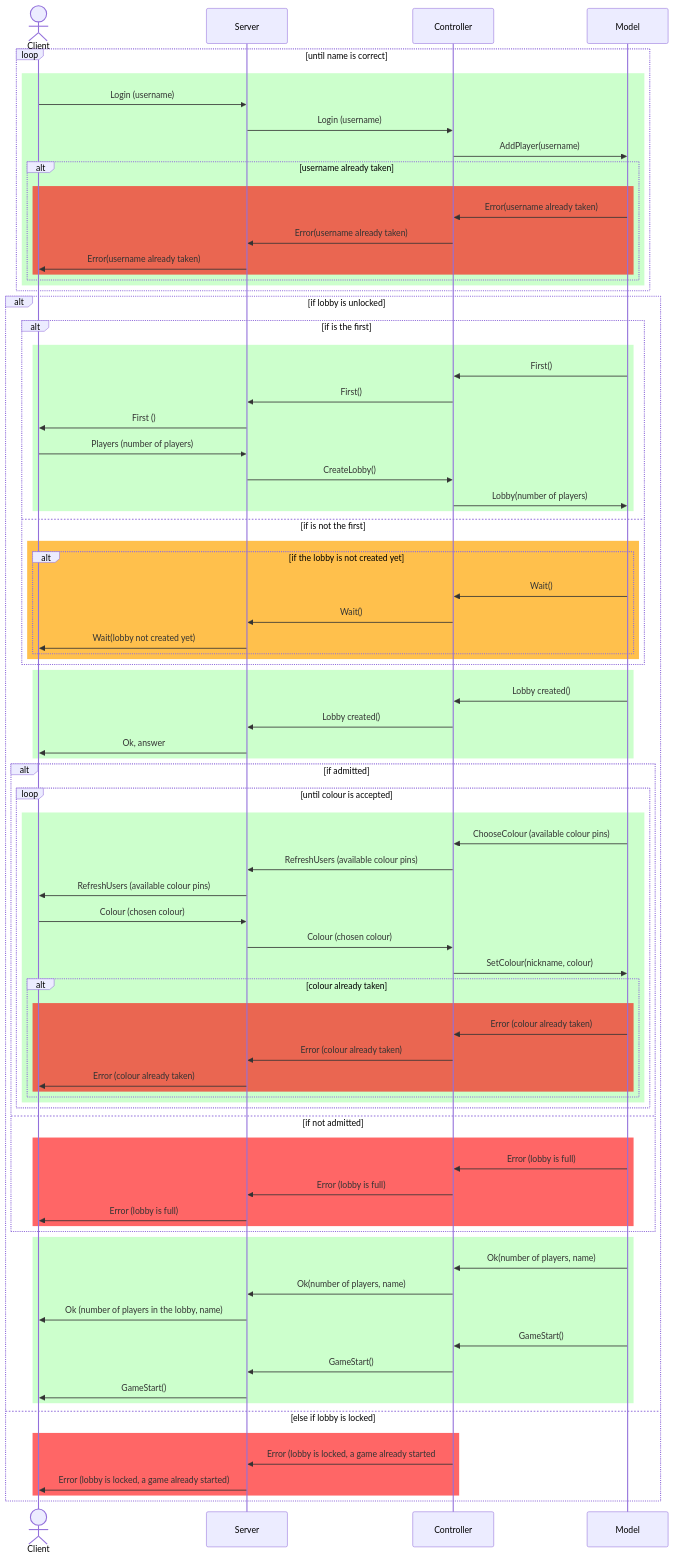
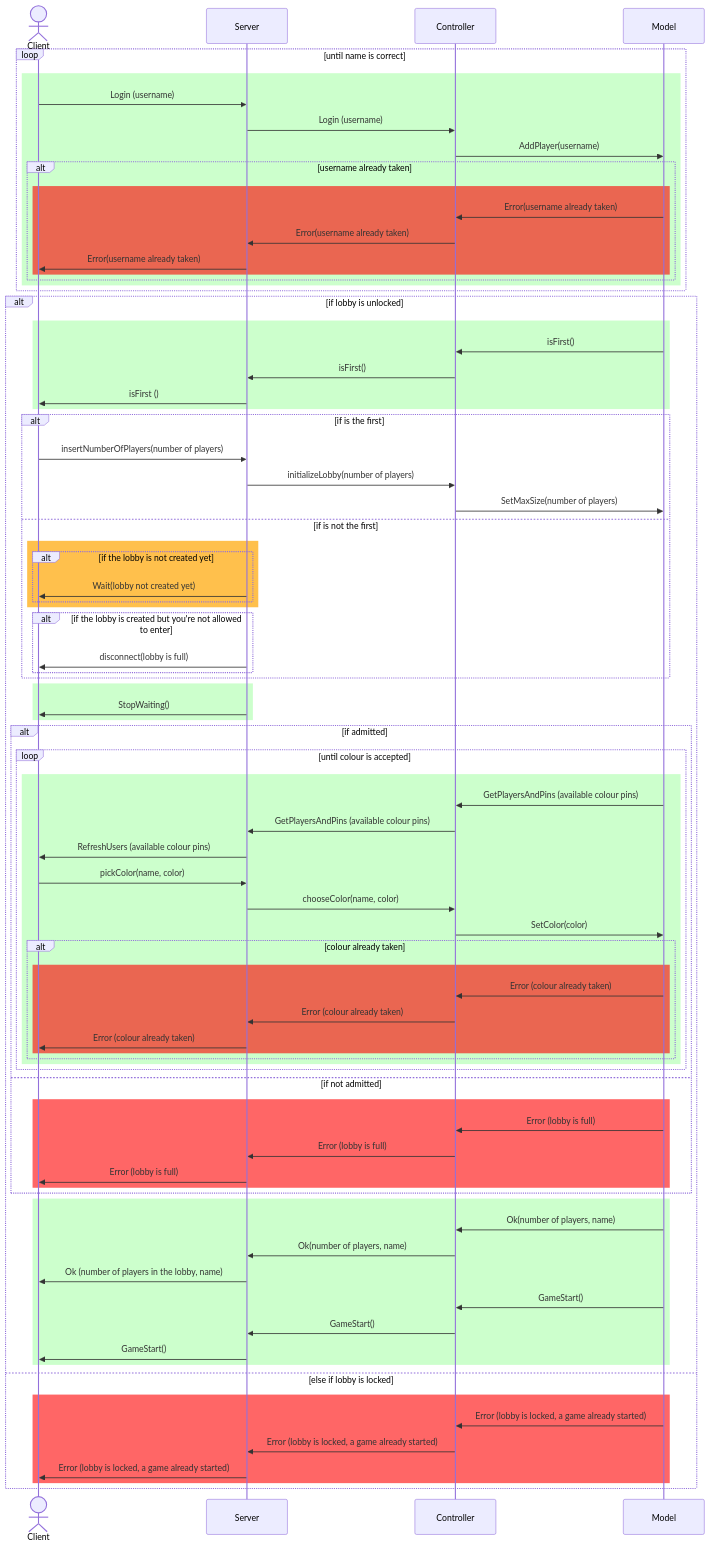
One commit to TheCaptainCraken/IS24-AM26 changed the first of 6 diagrams in deliverables/connection-serius.md. Above: the diagram before and after it, drawn with Mermaid.

Commit message:
update data diagram according to implementation

```diff
--- a/deliverables/connection-serius.md
+++ b/deliverables/connection-serius.md
@@ -33,39 +33,38 @@
       end
    end
     alt if lobby is unlocked
-        alt if is the first
             rect rgba(0, 255, 0, 0.2)
-            Model ->> Controller: First()
-            Controller ->> Server: First()
-            Server ->> Client: First ()
-            Client ->> Server: Players (number of players)
-            Server ->> Controller: CreateLobby()
-            Controller  ->> Model: Lobby(number of players)
+            Model ->> Controller: isFirst()
+            Controller ->> Server: isFirst()
+            Server ->> Client: isFirst ()
             end
+       alt if is the first
+            Client ->> Server: insertNumberOfPlayers(number of players)
+            Server ->> Controller: initializeLobby(number of players)
+            Controller  ->> Model: SetMaxSize(number of players)
         else if is not the first
             rect rgba(255, 165, 0, 0.7)
             alt if the lobby is not created yet
-                Model ->> Controller: Wait()
-                Controller ->> Server: Wait()
                 Server ->> Client:  Wait(lobby not created yet) 
             end  
+            end
+            alt if the lobby is created but you're not allowed to enter 
+                Server ->> Client:  disconnect(lobby is full)
             end
         end
 
         rect rgba(0, 255, 0, 0.2)
-        Model ->> Controller: Lobby created()
-        Controller ->> Server: Lobby created()
-        Server ->> Client: Ok, answer
+        Server ->> Client: StopWaiting()
         end
         alt if admitted
               loop until colour is accepted
               rect rgba(0, 255, 0, 0.2)
-                  Model ->> Controller: ChooseColour (available colour pins)
-                  Controller ->> Server: RefreshUsers (available colour pins)
+                  Model ->> Controller: GetPlayersAndPins (available colour pins)
+                  Controller ->> Server: GetPlayersAndPins (available colour pins)
                   Server ->> Client: RefreshUsers (available colour pins)
-                  Client ->> Server: Colour (chosen colour)
-                  Server ->> Controller: Colour (chosen colour)
-                  Controller ->> Model: SetColour(nickname, colour)
+                  Client ->> Server: pickColor(name, color)
+                  Server ->> Controller: chooseColor(name, color)
+                  Controller ->> Model: SetColor(color)
                   alt colour already taken
                     rect rgba(255, 0, 0, 0.6)
                     Model ->> Controller: Error (colour already taken)  
@@ -95,7 +94,8 @@
         
     else else if lobby is locked
         rect rgba(255, 0, 0, 0.6)
-        Controller ->> Server: Error (lobby is locked, a game already started
+        Model ->> Controller: Error (lobby is locked, a game already started)
+        Controller ->> Server: Error (lobby is locked, a game already started)
         Server ->> Client: Error (lobby is locked, a game already started)
         end
     end
```
